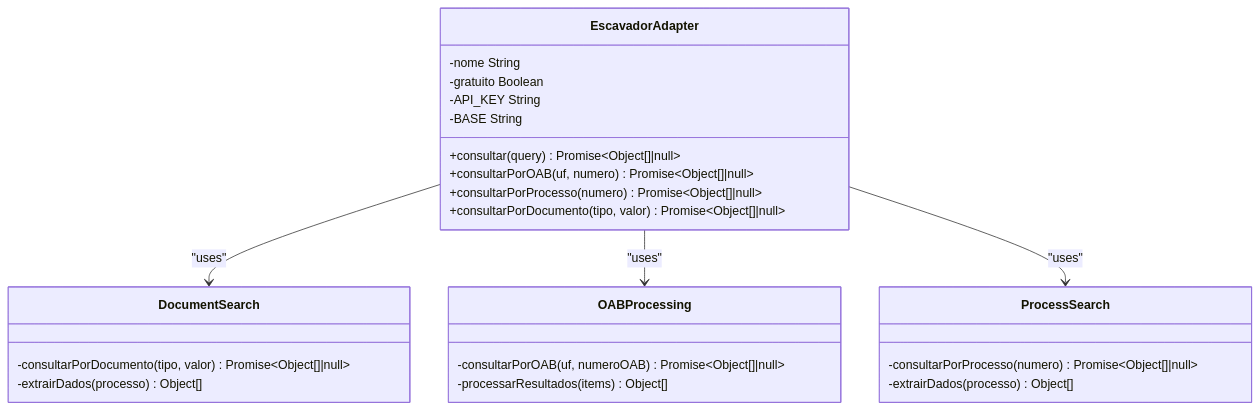
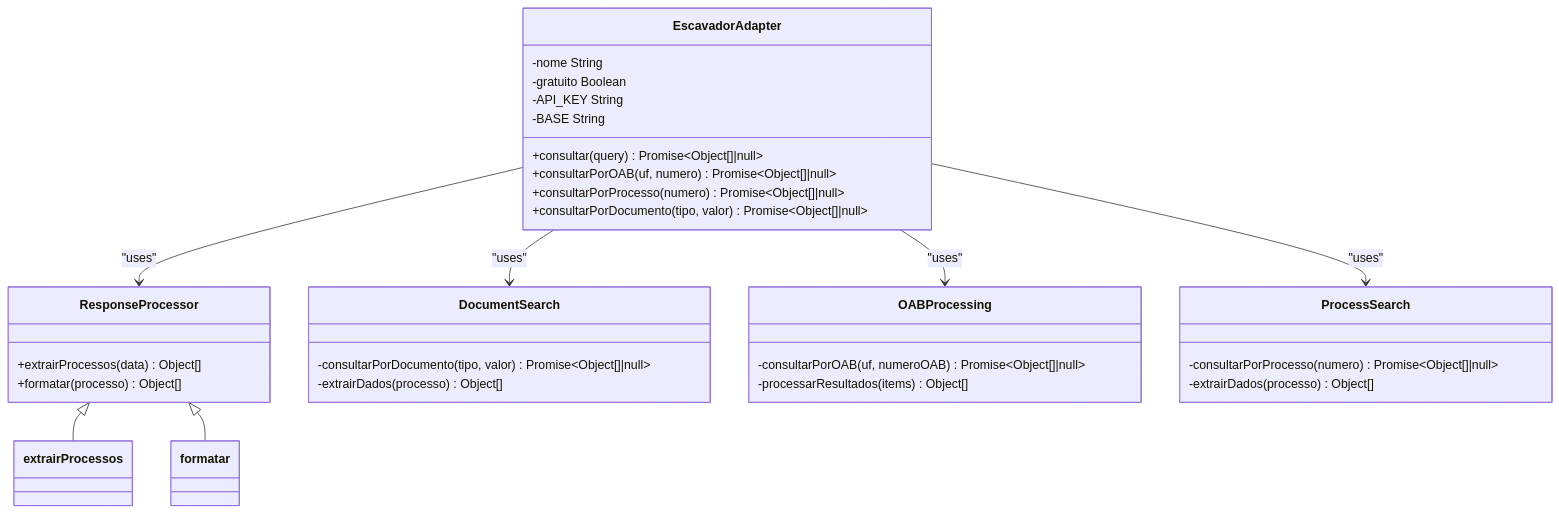
The fourth of 13 diagrams in .qoder/repowiki/en/content/API Integration Layer/API Integration Layer.md (Alexandrexicara/bot-processos), drawn with Mermaid before and after one commit. The commit also changed other lines of this file and 2 other files, not shown here.

````diff
--- a/.qoder/repowiki/en/content/API Integration Layer/API Integration Layer.md
+++ b/.qoder/repowiki/en/content/API Integration Layer/API Integration Layer.md
@@ -237,28 +248,35 @@
 ```mermaid
 classDiagram
 class EscavadorAdapter {
 +consultar(query) Promise~Object[]|null~
 +consultarPorOAB(uf, numero) Promise~Object[]|null~
 +consultarPorProcesso(numero) Promise~Object[]|null~
 +consultarPorDocumento(tipo, valor) Promise~Object[]|null~
 -nome String
 -gratuito Boolean
 -API_KEY String
 -BASE String
+}
+class ResponseProcessor {
++extrairProcessos(data) Object[]
++formatar(processo) Object[]
 }
 class DocumentSearch {
 -consultarPorDocumento(tipo, valor) Promise~Object[]|null~
 -extrairDados(processo) Object[]
 }
 class OABProcessing {
 -consultarPorOAB(uf, numeroOAB) Promise~Object[]|null~
 -processarResultados(items) Object[]
 }
 class ProcessSearch {
 -consultarPorProcesso(numero) Promise~Object[]|null~
 -extrairDados(processo) Object[]
 }
+EscavadorAdapter --> ResponseProcessor : "uses"
 EscavadorAdapter --> DocumentSearch : "uses"
 EscavadorAdapter --> OABProcessing : "uses"
 EscavadorAdapter --> ProcessSearch : "uses"
+ResponseProcessor <|-- extrairProcessos
+ResponseProcessor <|-- formatar
 ```
````
